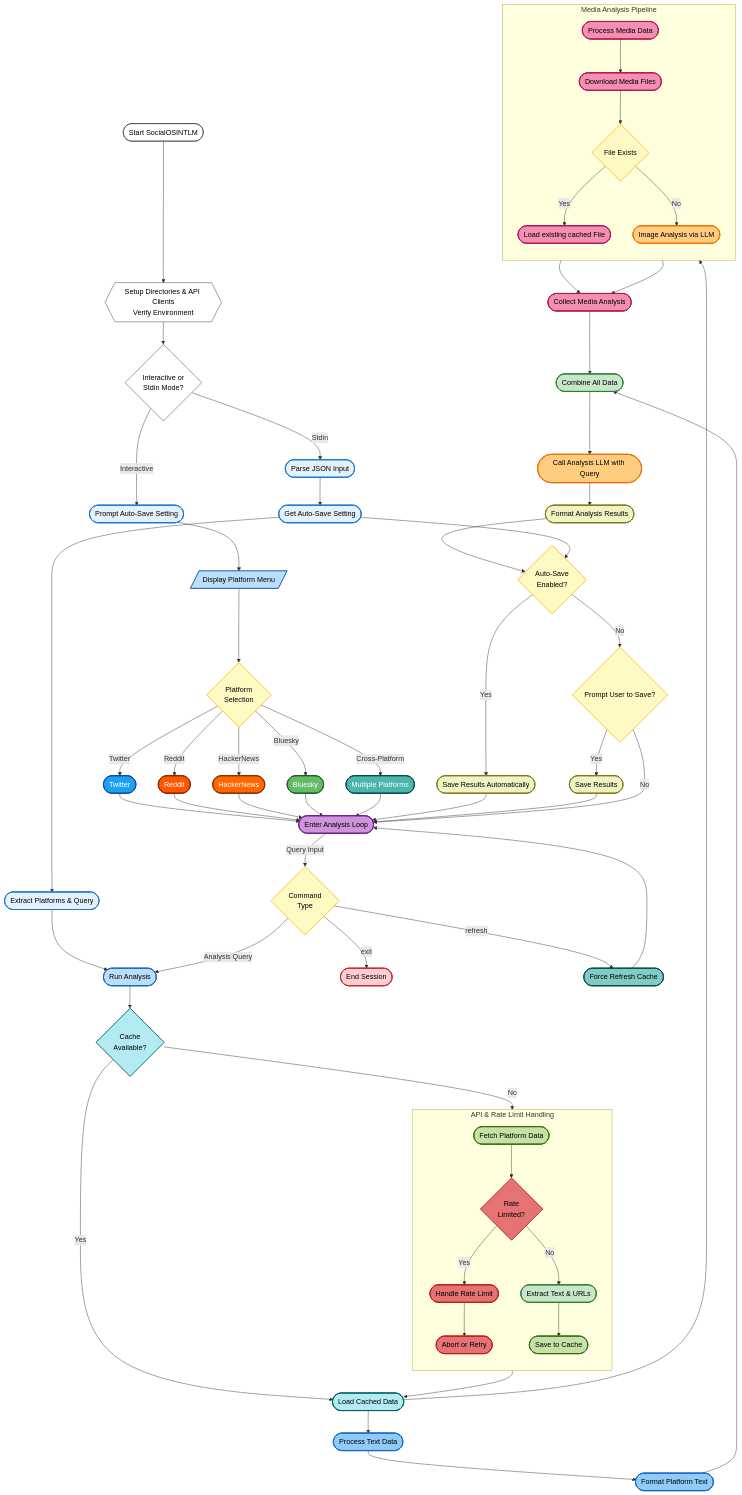
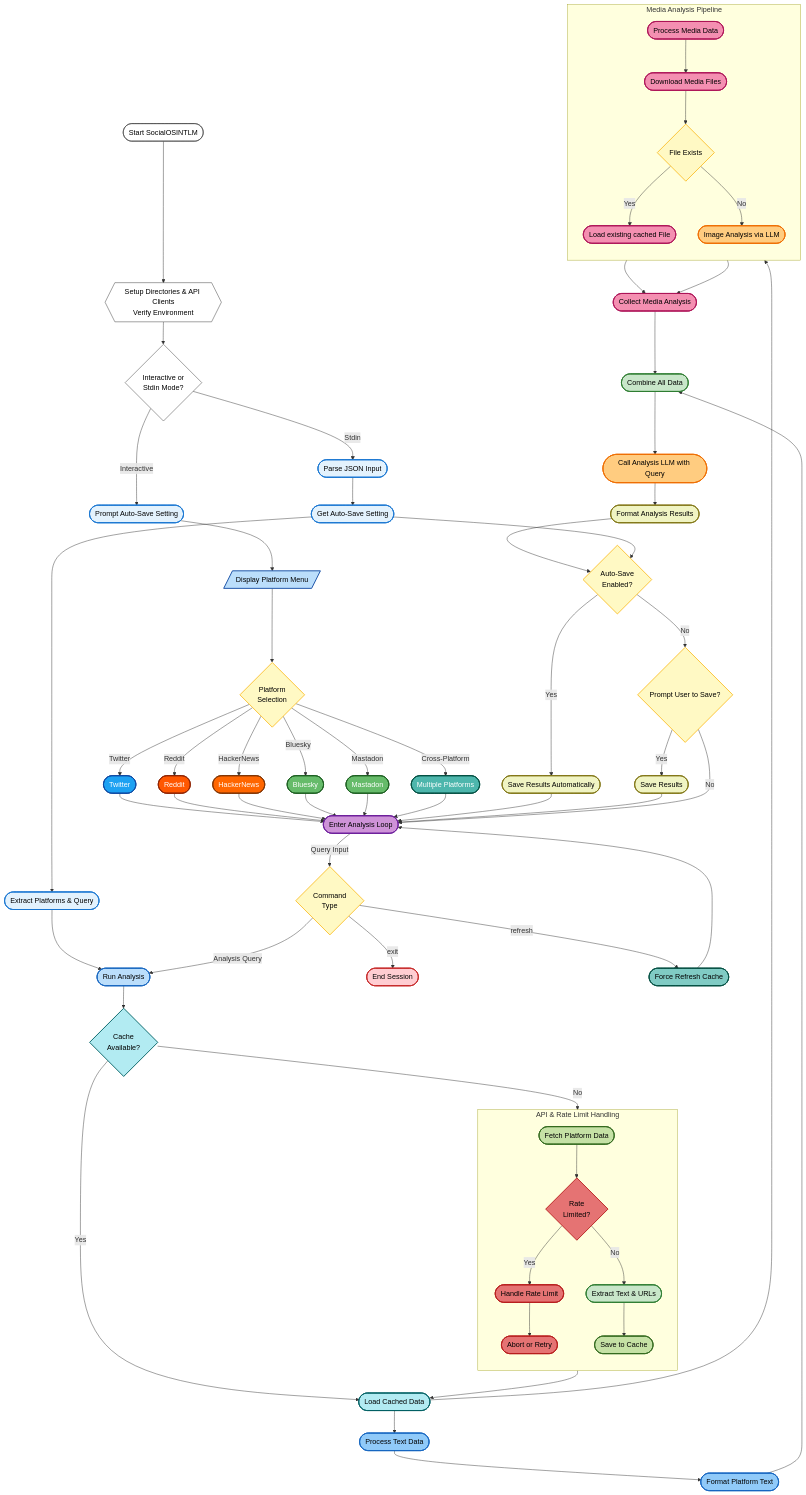
Before and after one commit to bm-github/SocialOSINTLM: the diagram in README.md, drawn with Mermaid. The commit also changed other lines of this file and 1 other file, not shown here.

Commit message:
mastadon

```diff
--- a/README.md
+++ b/README.md
@@ -48,7 +48,8 @@
     D -->|Reddit| E2([Reddit]):::redditClass
     D -->|HackerNews| E3([HackerNews]):::hnClass
     D -->|Bluesky| E4([Bluesky]):::bskyClass
-    D -->|Cross-Platform| E5([Multiple Platforms]):::multiClass
+    D -->|Mastadon| E5([Mastadon]):::mastadonClass
+    D -->|Cross-Platform| E6([Multiple Platforms]):::multiClass
 
     %% Stdin Mode Path
     B -->|Stdin| F([Parse JSON Input]):::inputClass
@@ -56,7 +57,7 @@
     GA --> G([Extract Platforms & Query]):::inputClass
 
     %% Analysis Loop Entry Points
-    E1 & E2 & E3 & E4 & E5 --> H([Enter Analysis Loop]):::loopClass
+    E1 & E2 & E3 & E4 & E5 & E6--> H([Enter Analysis Loop]):::loopClass
     G --> J([Run Analysis]):::analysisClass
 
     %% Command Processing in Analysis Loop
@@ -129,6 +130,7 @@
     classDef redditClass fill:#FF5700,stroke:#8D2202,stroke-width:2px,color:#FFF
     classDef hnClass fill:#FF6600,stroke:#7F3300,stroke-width:2px,color:#FFF
     classDef bskyClass fill:#66BB6A,stroke:#1B5E20,stroke-width:2px,color:#FFF
+    classDef mastadonClass fill:#66BB6A,stroke:#1B5E20,stroke-width:2px,color:#FFF
     classDef multiClass fill:#4DB6AC,stroke:#004D40,stroke-width:2px,color:#FFF
     classDef inputClass fill:#E3F2FD,stroke:#1976D2,stroke-width:2px,color:#000
     classDef loopClass fill:#CE93D8,stroke:#6A1B9A,stroke-width:2px,color:#000
```
